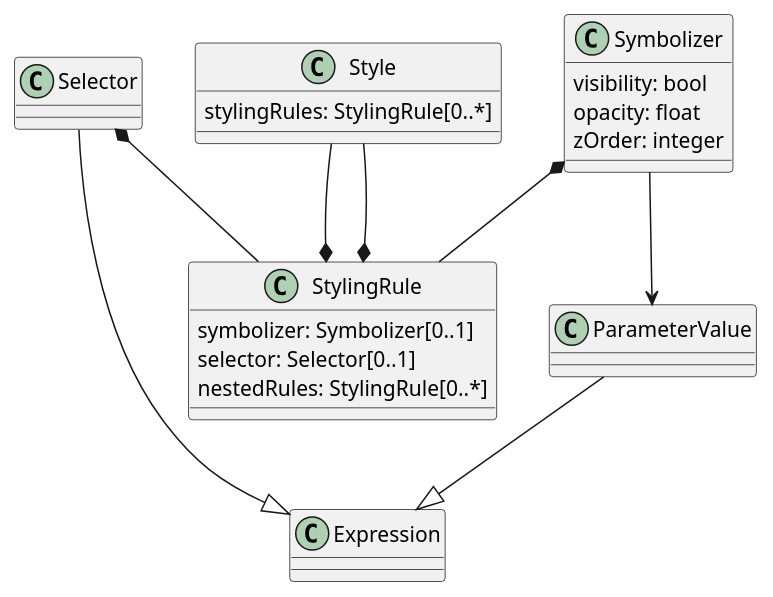
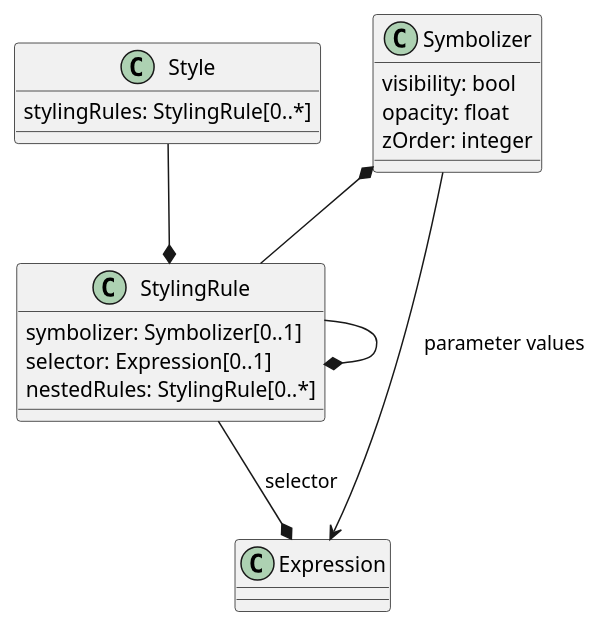
One commit to opengeospatial/styles-and-symbology changed the diagram in core/UML/PlantUML/adoc/core.adoc. Above: the diagram before and after it, drawn with PlantUML.

Commit message:
UML/core: Simplified diagram

```diff
--- a/core/UML/PlantUML/adoc/core.adoc
+++ b/core/UML/PlantUML/adoc/core.adoc
@@ -3,28 +3,23 @@
 [plantuml, target=diagram-classes, format=png]
 ....
 Style : stylingRules: StylingRule[0..*]
+Style --* StylingRule
 
 StylingRule : symbolizer: Symbolizer[0..1]
-StylingRule : selector: Selector[0..1]
+StylingRule : selector: Expression[0..1]
 StylingRule : nestedRules: StylingRule[0..*]
 
-Style --* StylingRule
-StylingRule *-- Style
-Selector *-- StylingRule
-
-class Selector
+StylingRule --* StylingRule
+StylingRule --* Expression : selector
 
 /'Note: zOrder needs discussion on whether it should be relative or float
 and how to relate to encodings where the visual priority order
 comes from the order of the rules.'/
 
 Symbolizer : visibility: bool
 Symbolizer : opacity: float
 Symbolizer : zOrder: integer
 
 Symbolizer *-- StylingRule
-Symbolizer --> ParameterValue
-
-ParameterValue --|> Expression
-Selector --|> Expression
+Symbolizer --> Expression : parameter values
 ....
```
